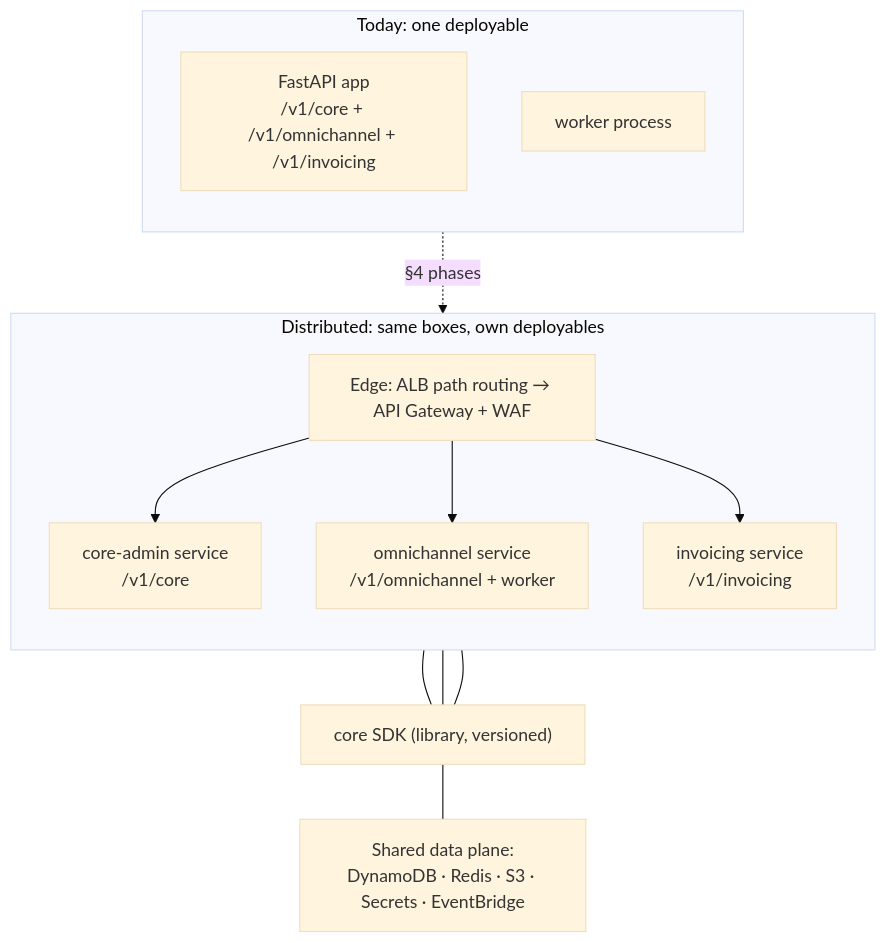
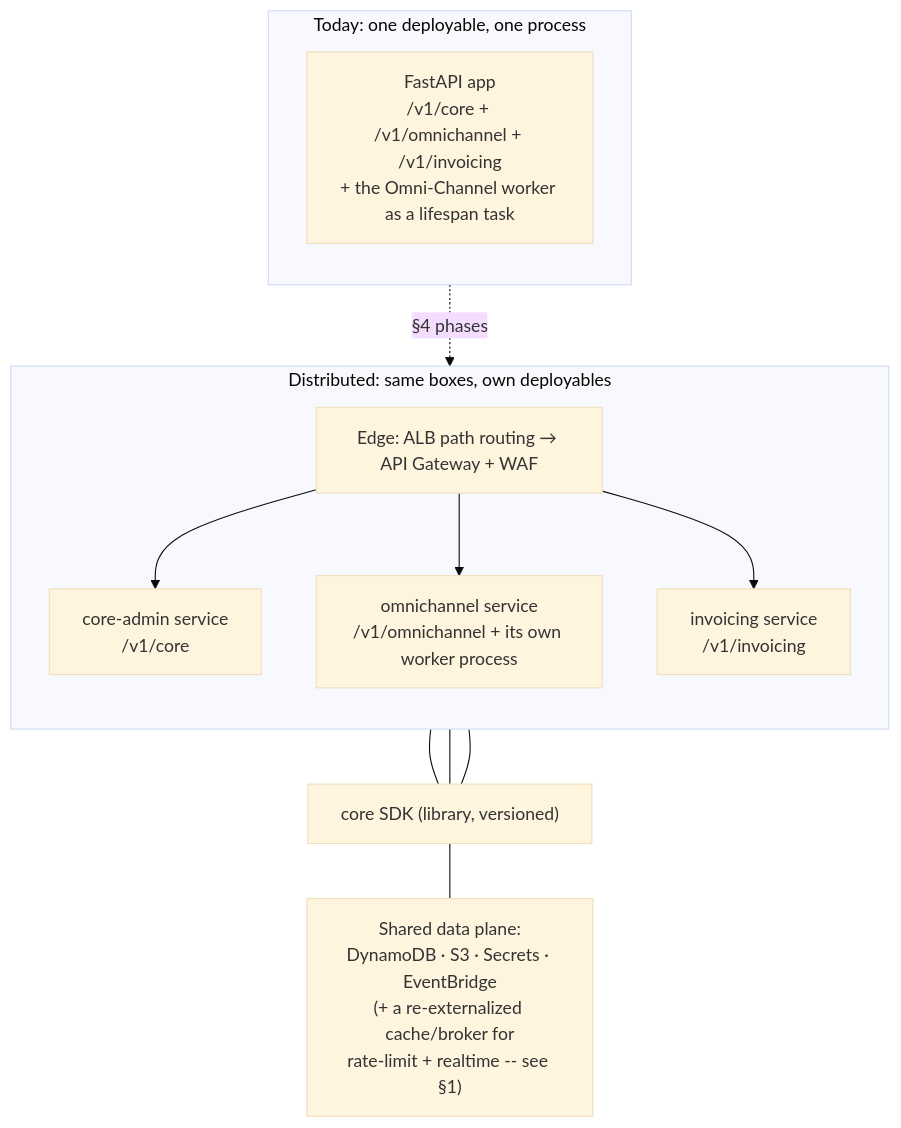
One commit to RafaelOjeda/A2Z-Core changed the diagram in docs/architecture/microservices-distribution.md. Above: the diagram before and after it, drawn with Mermaid (base theme). The commit also changed other lines of this file and 32 other files, not shown here.

````diff
--- a/docs/architecture/microservices-distribution.md
+++ b/docs/architecture/microservices-distribution.md
@@ -46,19 +49,18 @@
 ```mermaid
 flowchart TB
-    subgraph Today["Today: one deployable"]
+    subgraph Today["Today: one deployable, one process"]
         direction TB
-        M["FastAPI app\n/v1/core + /v1/omnichannel + /v1/invoicing"]
-        W["worker process"]
+        M["FastAPI app\n/v1/core + /v1/omnichannel + /v1/invoicing\n+ the Omni-Channel worker as a lifespan task"]
     end
     subgraph Future["Distributed: same boxes, own deployables"]
         direction TB
         GW["Edge: ALB path routing → API Gateway + WAF"]
         S1["core-admin service\n/v1/core"]
-        S2["omnichannel service\n/v1/omnichannel + worker"]
+        S2["omnichannel service\n/v1/omnichannel + its own worker process"]
         S3["invoicing service\n/v1/invoicing"]
         GW --> S1 & S2 & S3
     end
     Today -.->|"§4 phases"| Future
     S1 & S2 & S3 --- SDK["core SDK (library, versioned)"]
-    SDK --- DATA["Shared data plane:\nDynamoDB · Redis · S3 · Secrets · EventBridge"]
+    SDK --- DATA["Shared data plane:\nDynamoDB · S3 · Secrets · EventBridge\n(+ a re-externalized cache/broker for\nrate-limit + realtime -- see §1)"]
 ```
````
